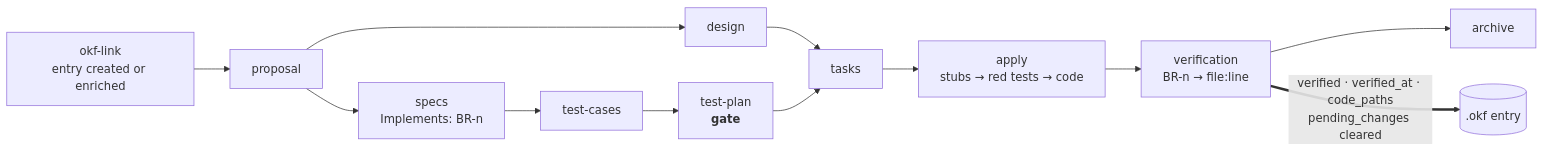
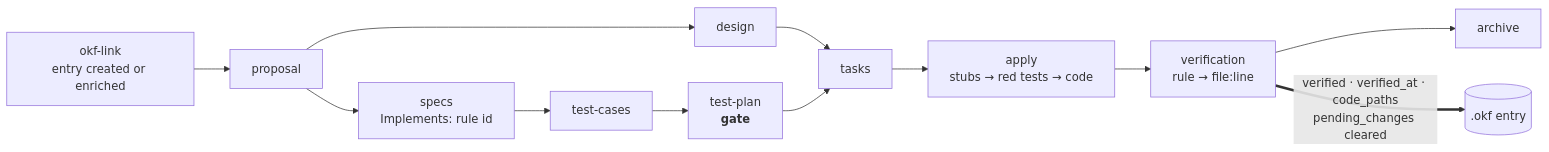
Before and after one commit to amagumolabs/okf-kit: the second of 2 diagrams in docs/workflow-at-a-glance.md, drawn with Mermaid. The commit also changed other lines of this file and 16 other files, not shown here.

````diff
--- a/docs/workflow-at-a-glance.md
+++ b/docs/workflow-at-a-glance.md
@@ -38,10 +39,10 @@
 ```mermaid
 flowchart LR
-    OL["okf-link<br/>entry created or enriched"] --> P["proposal"] --> S["specs<br/>Implements: BR-n"]
+    OL["okf-link<br/>entry created or enriched"] --> P["proposal"] --> S["specs<br/>Implements: rule id"]
     P --> DS["design"]
     S --> TC["test-cases"] --> TP["test-plan<br/><b>gate</b>"]
     DS --> TK["tasks"]
     TP --> TK --> A["apply<br/>stubs → red tests → code"]
-    A --> V["verification<br/>BR-n → file:line"] --> AR["archive"]
+    A --> V["verification<br/>rule → file:line"] --> AR["archive"]
     V ==>|"verified · verified_at · code_paths<br/>pending_changes cleared"| OKF[(".okf entry")]
 ```
````
